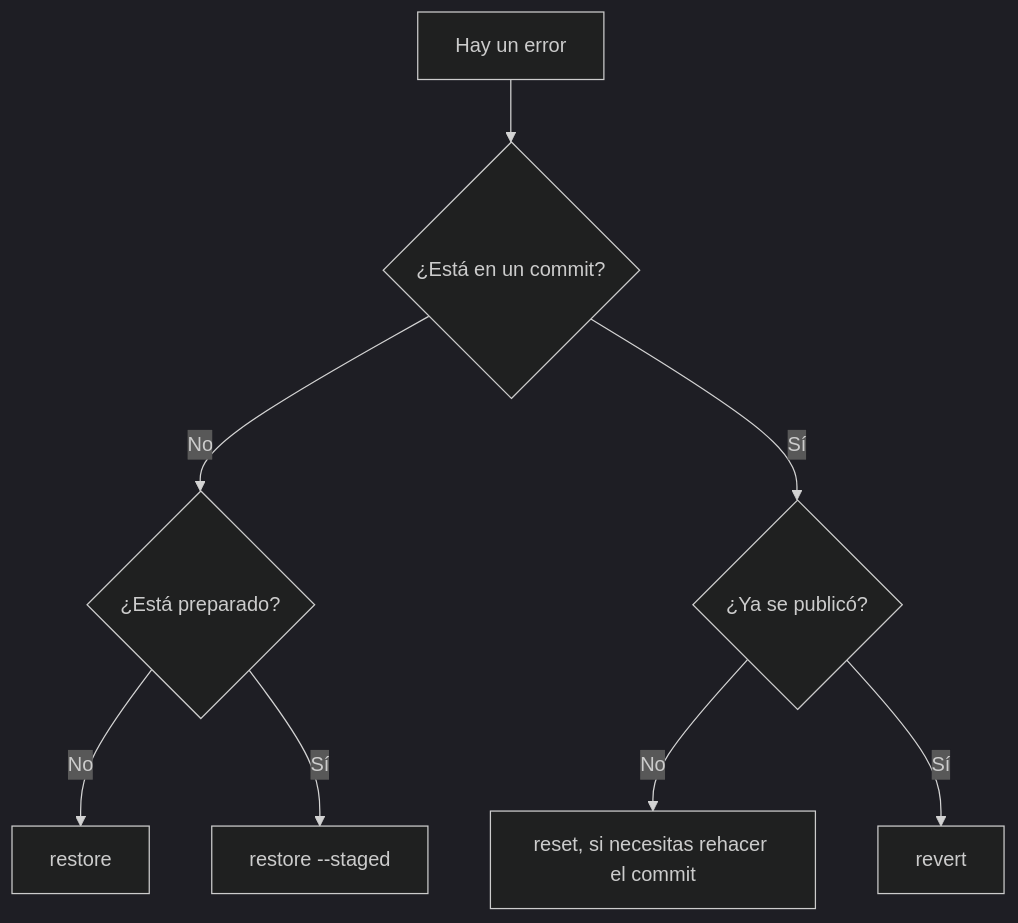
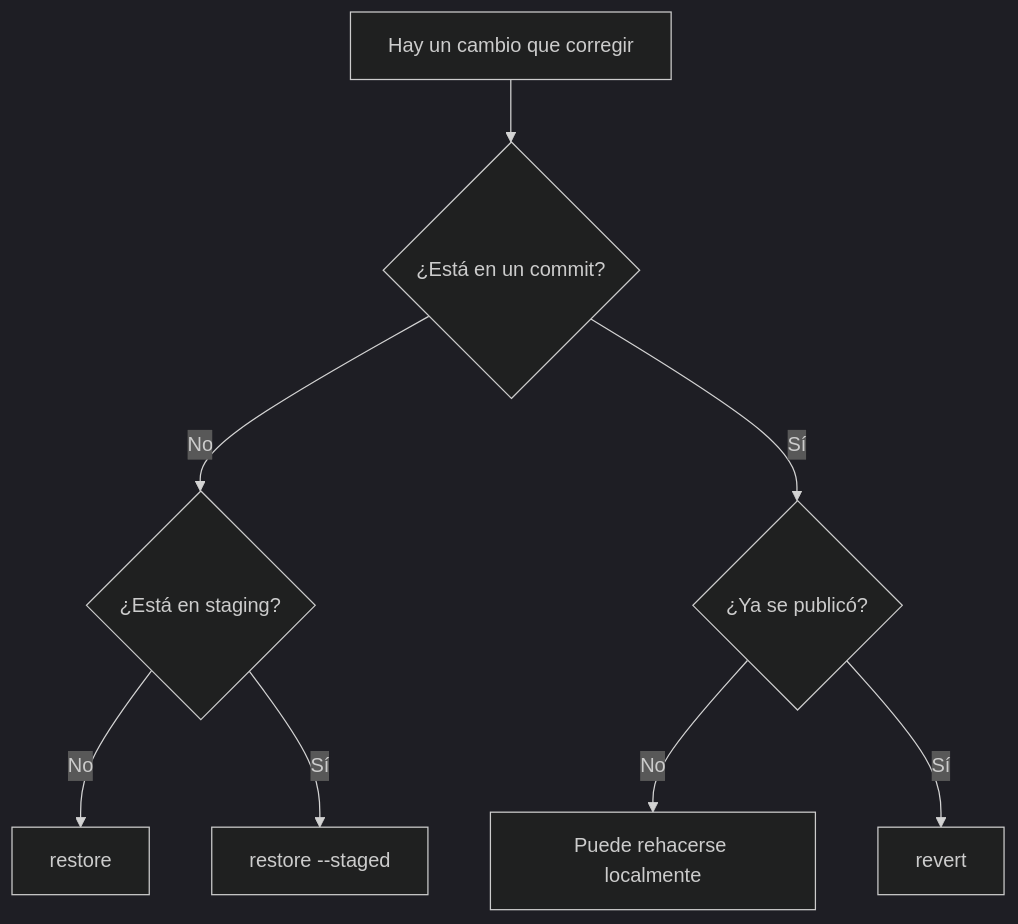
One commit to alejandroroig/despliegue-daw changed the third of 4 diagrams in docs/tema1/control-versiones-documentacion.md. Above: the diagram before and after it, drawn with Mermaid (dark theme). The commit also changed other lines of this file and 7 other files, not shown here.

````diff
--- a/docs/tema1/control-versiones-documentacion.md
+++ b/docs/tema1/control-versiones-documentacion.md
@@ -378,10 +197,10 @@
 ```mermaid
 flowchart TD
-    A["Hay un error"] --> B{"¿Está en un commit?"}
-    B -->|"No"| C{"¿Está preparado?"}
+    A["Hay un cambio que corregir"] --> B{"¿Está en un commit?"}
+    B -->|"No"| C{"¿Está en staging?"}
     C -->|"No"| D["restore"]
     C -->|"Sí"| E["restore --staged"]
     B -->|"Sí"| F{"¿Ya se publicó?"}
-    F -->|"No"| G["reset, si necesitas rehacer el commit"]
+    F -->|"No"| G["Puede rehacerse localmente"]
     F -->|"Sí"| H["revert"]
 ```
````
